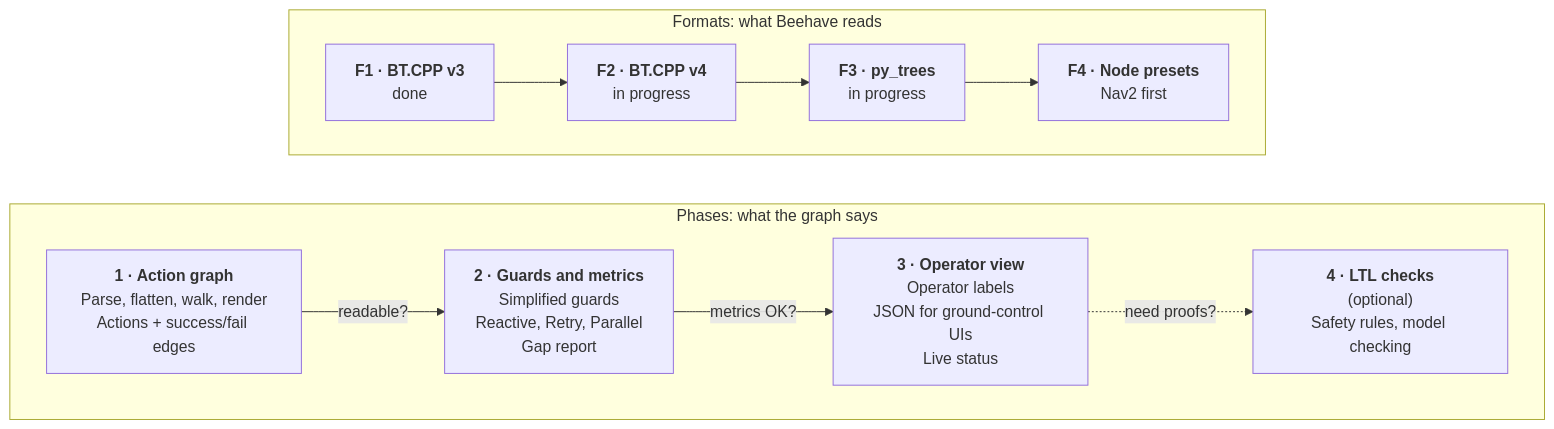
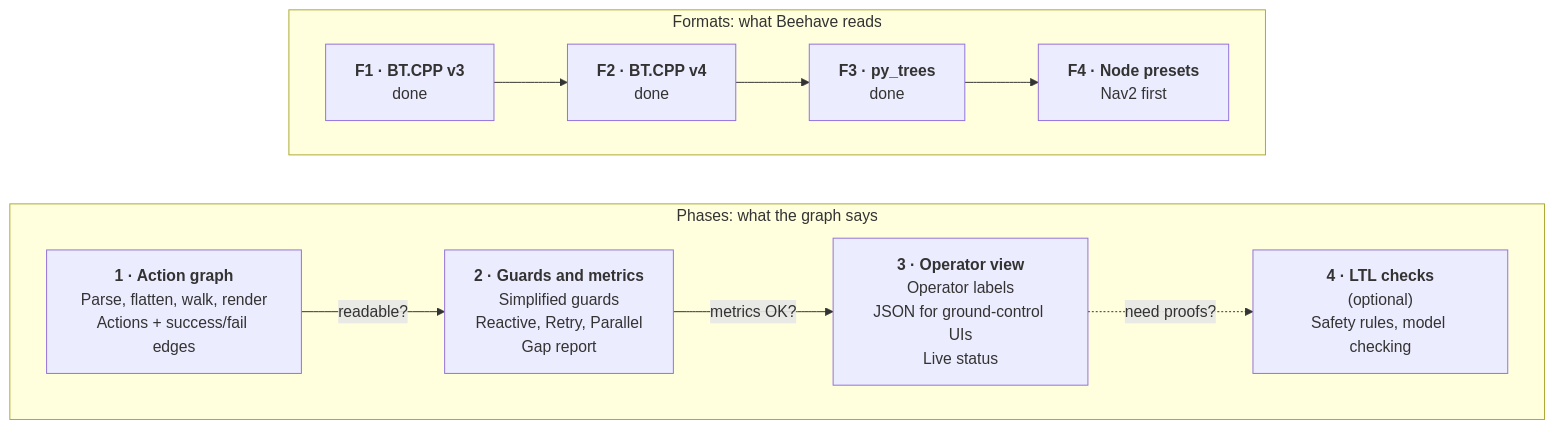
The diagram in docs/design/roadmap.md (guilyx/beehave), drawn with Mermaid before and after one commit. The commit also changed other lines of this file and 18 other files, not shown here.

First line of the commit message:
docs: BT.CPP v4 and py_trees across the docs

````diff
--- a/docs/design/roadmap.md
+++ b/docs/design/roadmap.md
@@ -11,21 +11,21 @@
 ```mermaid
 flowchart LR
     subgraph phases["Phases: what the graph says"]
         direction LR
         p1["<b>1 · Action graph</b><br/>Parse, flatten, walk, render<br/>Actions + success/fail edges"]
         p2["<b>2 · Guards and metrics</b><br/>Simplified guards<br/>Reactive, Retry, Parallel<br/>Gap report"]
         p3["<b>3 · Operator view</b><br/>Operator labels<br/>JSON for ground-control UIs<br/>Live status"]
         p4["<b>4 · LTL checks</b><br/>(optional)<br/>Safety rules, model checking"]
         p1 -- "readable?" --> p2
         p2 -- "metrics OK?" --> p3
         p3 -. "need proofs?" .-> p4
     end
     subgraph formats["Formats: what Beehave reads"]
         direction LR
         f1["<b>F1 · BT.CPP v3</b><br/>done"]
-        f2["<b>F2 · BT.CPP v4</b><br/>in progress"]
-        f3["<b>F3 · py_trees</b><br/>in progress"]
+        f2["<b>F2 · BT.CPP v4</b><br/>done"]
+        f3["<b>F3 · py_trees</b><br/>done"]
         f4["<b>F4 · Node presets</b><br/>Nav2 first"]
         f1 --> f2 --> f3 --> f4
     end
 ```
````
